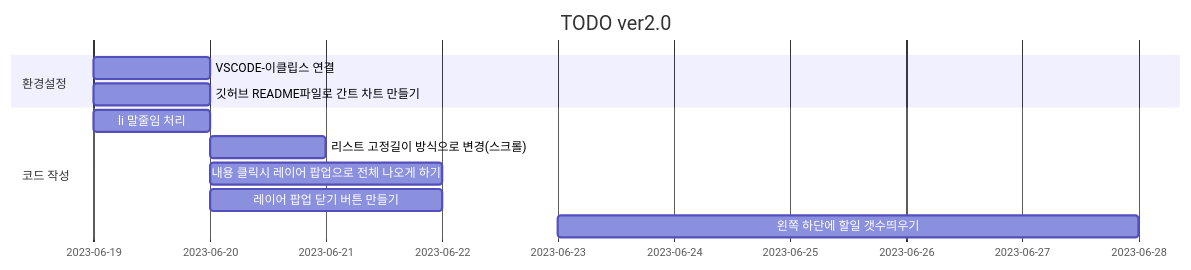
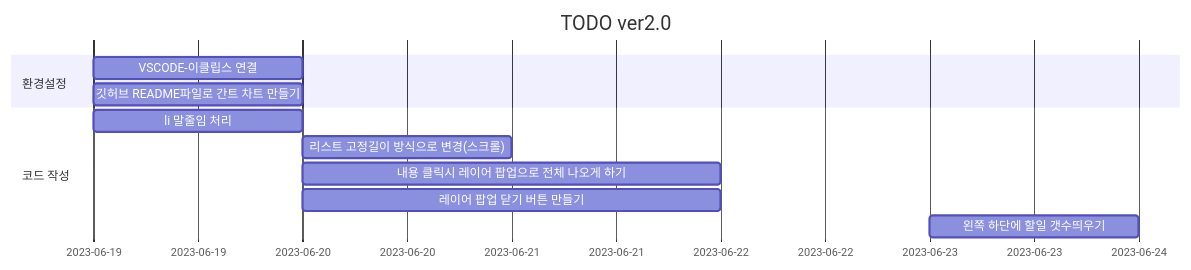
The diagram in TODO_ver2/README.md (UDONGSALI/Toy-Project), drawn with Mermaid before and after one commit. The commit also changed other lines of this file, not shown here.

Commit message:
Update README.md
왼쪽 하단에 할일 갯수 띄우기 구현 완료

````diff
--- a/TODO_ver2/README.md
+++ b/TODO_ver2/README.md
@@ -23,14 +23,14 @@
 ```mermaid
 gantt
     title TODO ver2.0
     dateFormat  YYYY-MM-DD
     section 환경설정
     VSCODE-이클립스 연결:2023-06-19, 1d
     깃허브 README파일로 간트 차트 만들기:2023-06-19, 1d
     section 코드 작성
     li 말줄임 처리: 2023-06-19, 1d
     리스트 고정길이 방식으로 변경(스크롤): 2023-06-20, 1d
     내용 클릭시 레이어 팝업으로 전체 나오게 하기: 2023-06-20, 2d
     레이어 팝업 닫기 버튼 만들기: 2023-06-20, 2d
-    왼쪽 하단에 할일 갯수띄우기: 2023-06-23, 5d
+    왼쪽 하단에 할일 갯수띄우기: 2023-06-23, 1d
 ```
````
